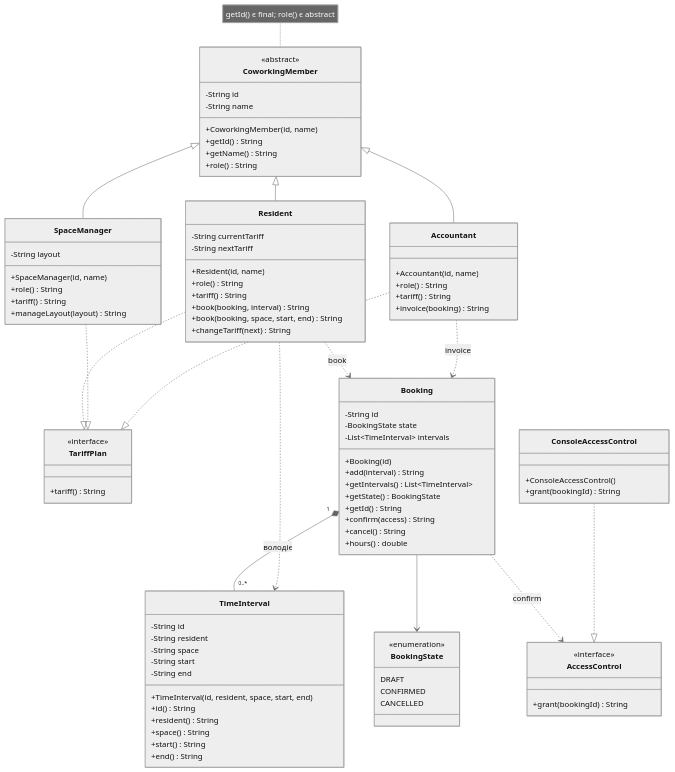
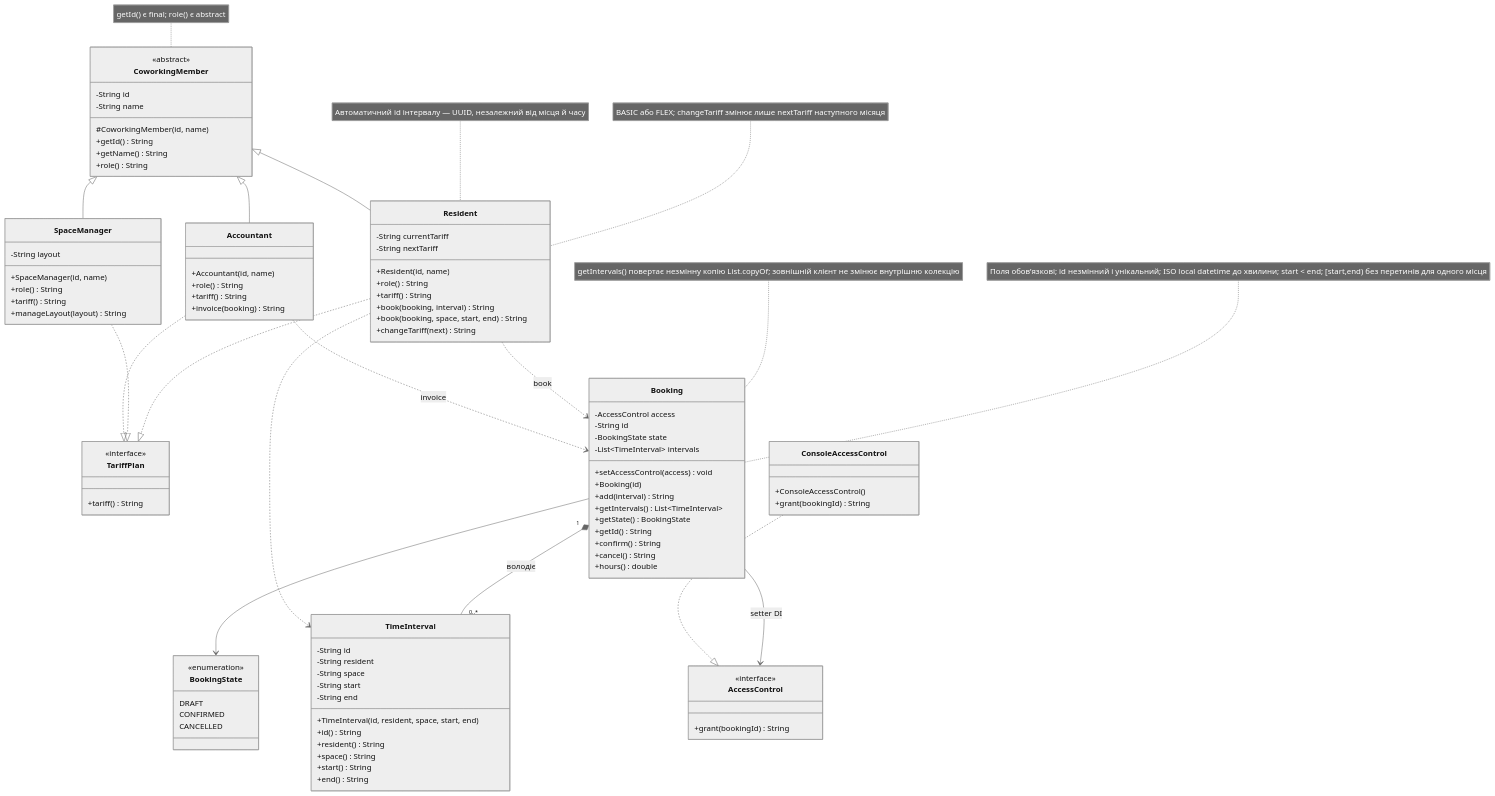
The diagram in docs/class.mmd (auulina21/coworking-19), drawn with Mermaid (neutral theme) before and after one commit. The commit also changed 28 other files, not shown here.

```diff
--- a/docs/class.mmd
+++ b/docs/class.mmd
@@ -1,93 +1,102 @@
 classDiagram
 direction TB
 class CoworkingMember {
   <<abstract>>
   -String id
   -String name
-  +CoworkingMember(id, name)
+  #CoworkingMember(id, name)
   +getId() String
   +getName() String
   +role() String
 }
 class TariffPlan {
   <<interface>>
   +tariff() String
 }
 class Resident {
   -String currentTariff
   -String nextTariff
   +Resident(id, name)
   +role() String
   +tariff() String
   +book(booking, interval) String
   +book(booking, space, start, end) String
   +changeTariff(next) String
 }
 class SpaceManager {
   -String layout
   +SpaceManager(id, name)
   +role() String
   +tariff() String
   +manageLayout(layout) String
 }
 class Accountant {
   +Accountant(id, name)
   +role() String
   +tariff() String
   +invoice(booking) String
 }
 class TimeInterval {
   -String id
   -String resident
   -String space
   -String start
   -String end
   +TimeInterval(id, resident, space, start, end)
   +id() String
   +resident() String
   +space() String
   +start() String
   +end() String
 }
 class BookingState {
   <<enumeration>>
   DRAFT
   CONFIRMED
   CANCELLED
 }
 class Booking {
+  -AccessControl access
+  +setAccessControl(access) void
   -String id
   -BookingState state
   -List~TimeInterval~ intervals
   +Booking(id)
   +add(interval) String
   +getIntervals() List~TimeInterval~
   +getState() BookingState
   +getId() String
-  +confirm(access) String
+  +confirm() String
   +cancel() String
   +hours() double
 }
 class AccessControl {
   <<interface>>
   +grant(bookingId) String
 }
 class ConsoleAccessControl {
   +ConsoleAccessControl()
   +grant(bookingId) String
 }
 CoworkingMember <|-- Resident
 CoworkingMember <|-- SpaceManager
 CoworkingMember <|-- Accountant
 Resident ..|> TariffPlan
 SpaceManager ..|> TariffPlan
 Accountant ..|> TariffPlan
 Booking "1" *-- "0..*" TimeInterval : володіє
 Booking --> BookingState
-Booking ..> AccessControl : confirm
+Booking --> AccessControl : setter DI
 ConsoleAccessControl ..|> AccessControl
 Resident ..> Booking : book
 Resident ..> TimeInterval
 Accountant ..> Booking : invoice
 
 note for CoworkingMember "getId() є final; role() є abstract"
+
+note for Resident "BASIC або FLEX; changeTariff змінює лише nextTariff наступного місяця"
+note for Booking "Поля обов’язкові; id незмінний і унікальний; ISO local datetime до хвилини; start < end; [start,end) без перетинів для одного місця"
+
+note for Resident "Автоматичний id інтервалу — UUID, незалежний від місця й часу"
+
+note for Booking "getIntervals() повертає незмінну копію List.copyOf; зовнішній клієнт не змінює внутрішню колекцію"
```
